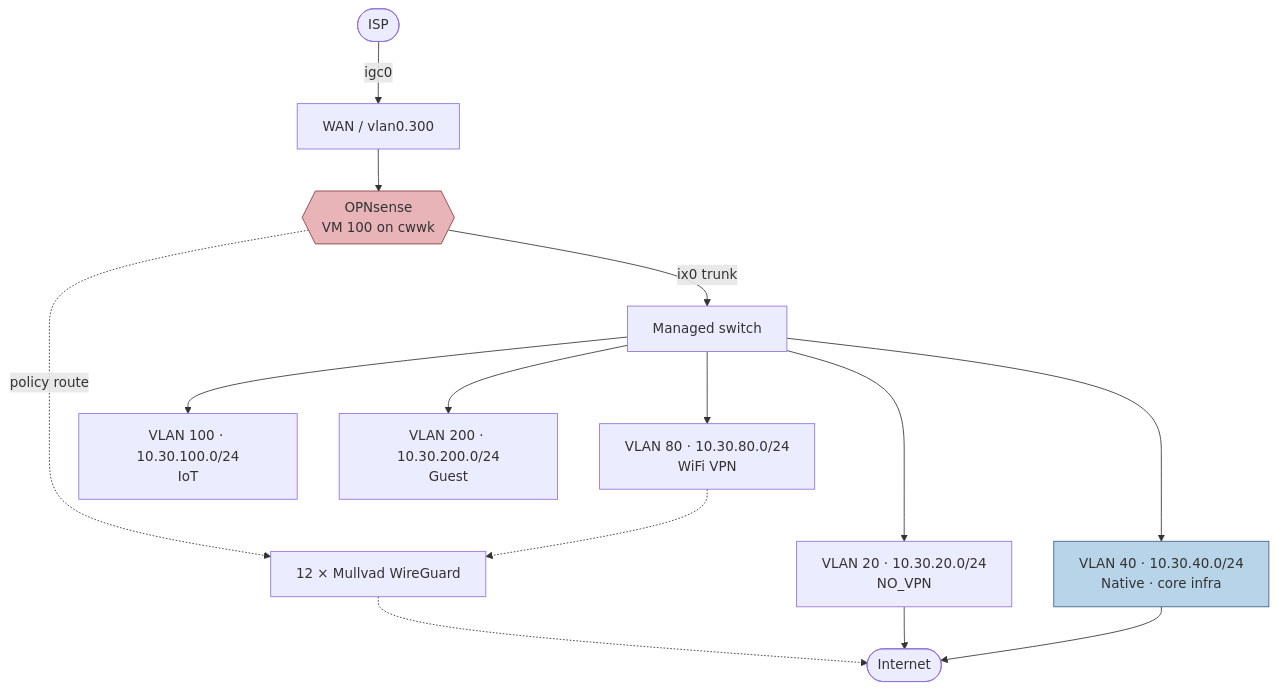
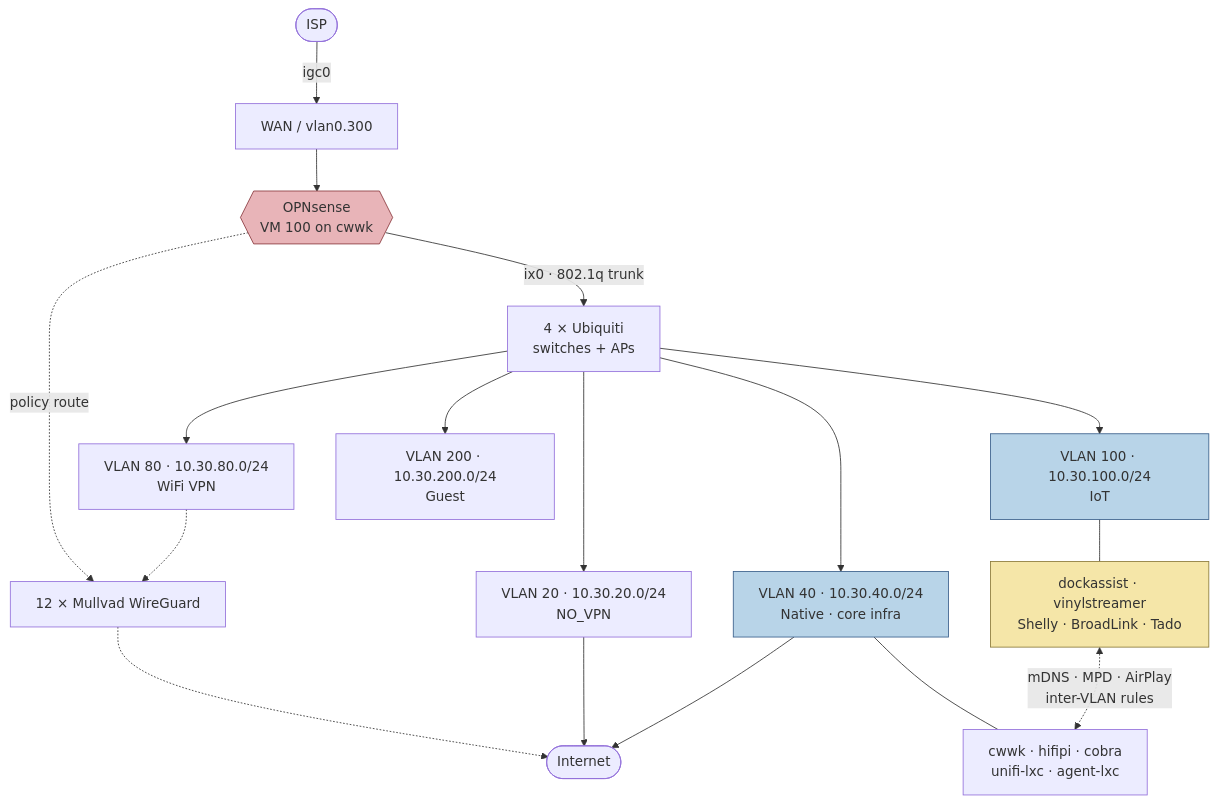
Before and after one commit to ignaciojimenez/infrastructure-automation: the diagram in docs/NETWORK.md, drawn with Mermaid. The commit also changed other lines of this file, not shown here.

First line of the commit message:
docs(network): add the physical layer, fleet VLAN placement and the mDNS dependency

````diff
--- a/docs/NETWORK.md
+++ b/docs/NETWORK.md
@@ -48,22 +48,29 @@
 ```mermaid
 flowchart TD
     ISP([ISP]) -->|igc0| WAN[WAN / vlan0.300]
     WAN --> FW{{OPNsense<br/>VM 100 on cwwk}}
 
-    FW -->|ix0 trunk| SW[Managed switch]
+    FW -->|ix0 · 802.1q trunk| UBI[4 × Ubiquiti<br/>switches + APs]
 
-    SW --> V20[VLAN 20 · 10.30.20.0/24<br/>NO_VPN]
-    SW --> V40[VLAN 40 · 10.30.40.0/24<br/>Native · core infra]
-    SW --> V80[VLAN 80 · 10.30.80.0/24<br/>WiFi VPN]
-    SW --> V100[VLAN 100 · 10.30.100.0/24<br/>IoT]
-    SW --> V200[VLAN 200 · 10.30.200.0/24<br/>Guest]
+    UBI --> V20[VLAN 20 · 10.30.20.0/24<br/>NO_VPN]
+    UBI --> V40[VLAN 40 · 10.30.40.0/24<br/>Native · core infra]
+    UBI --> V80[VLAN 80 · 10.30.80.0/24<br/>WiFi VPN]
+    UBI --> V100[VLAN 100 · 10.30.100.0/24<br/>IoT]
+    UBI --> V200[VLAN 200 · 10.30.200.0/24<br/>Guest]
+
+    V40 --- H40[cwwk · hifipi · cobra<br/>unifi-lxc · agent-lxc]
+    V100 --- H100[dockassist · vinylstreamer<br/>Shelly · BroadLink · Tado]
+
+    H100 <-.->|mDNS · MPD · AirPlay<br/>inter-VLAN rules| H40
 
     FW -.->|policy route| MUL[12 × Mullvad WireGuard]
     V80 -.-> MUL
     MUL -.-> Internet([Internet])
     V20 --> Internet
     V40 --> Internet
 
     style FW fill:#e8b4b8,stroke:#8b3a3f
     style V40 fill:#b8d4e8,stroke:#3a5f8b
+    style V100 fill:#b8d4e8,stroke:#3a5f8b
+    style H100 fill:#f5e6a8,stroke:#8b7a3a
 ```
````
